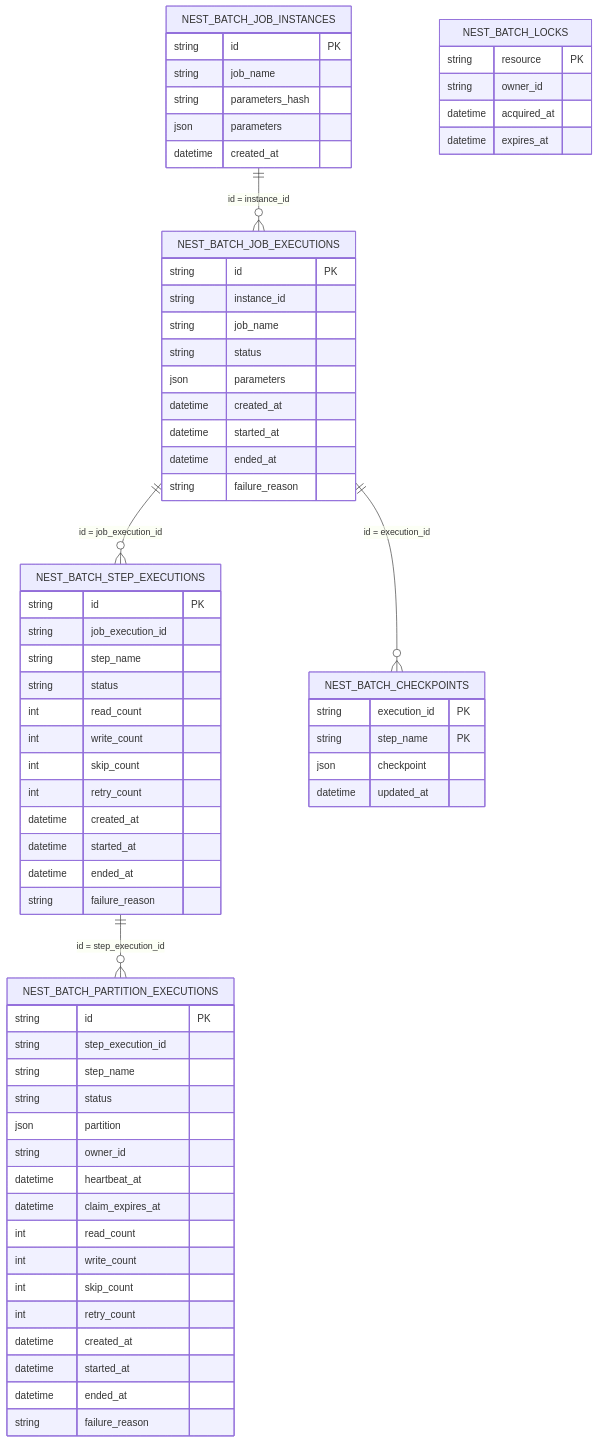
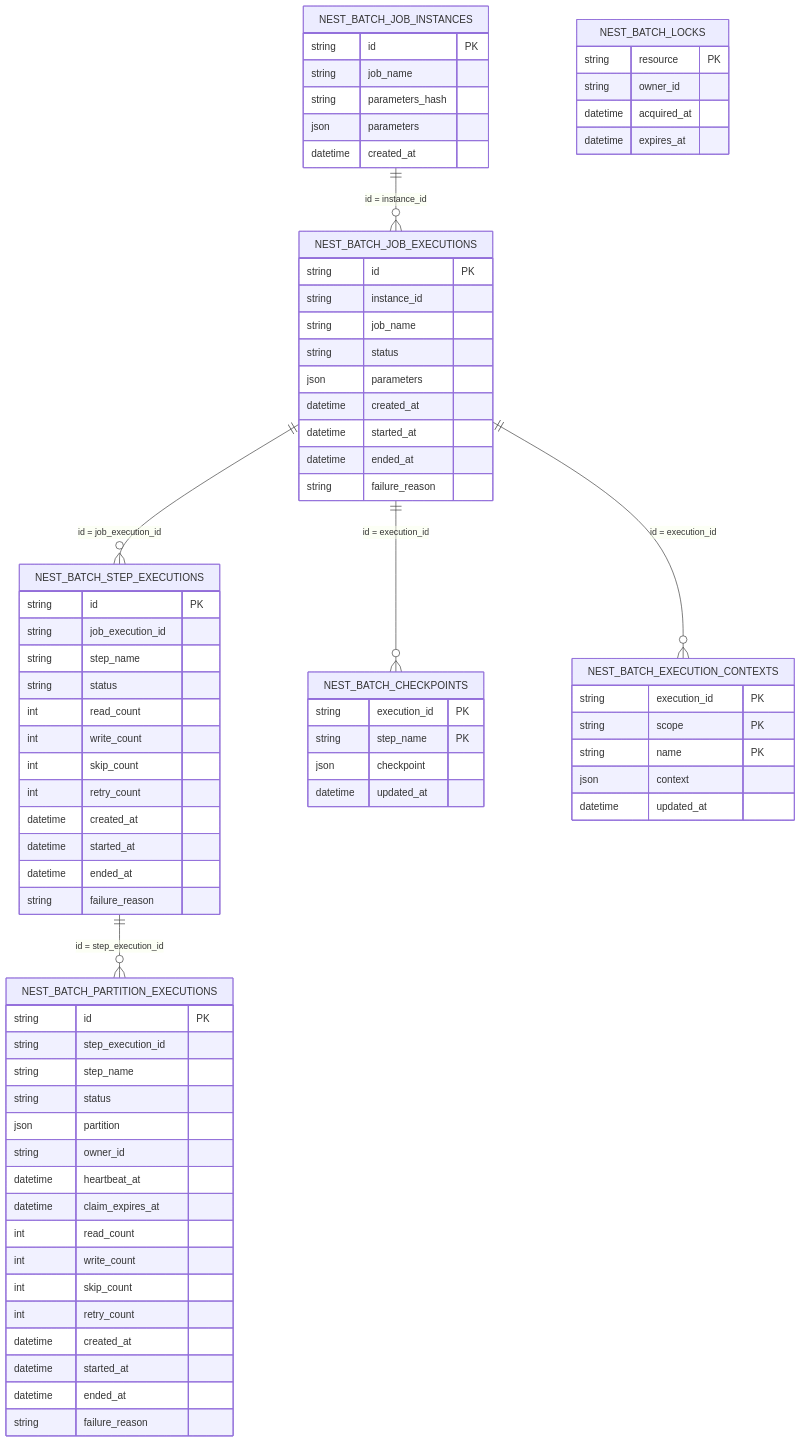
Before and after one commit to kangjuhyup/nest-batch: the diagram in DATABASE.md, drawn with Mermaid. The commit also changed other lines of this file and 19 other files, not shown here.

First line of the commit message:
feat : SQL execution context store 추가

````diff
--- a/DATABASE.md
+++ b/DATABASE.md
@@ -86,6 +87,14 @@
     datetime updated_at
   }
 
+  NEST_BATCH_EXECUTION_CONTEXTS {
+    string execution_id PK
+    string scope PK
+    string name PK
+    json context
+    datetime updated_at
+  }
+
   NEST_BATCH_LOCKS {
     string resource PK
     string owner_id
@@ -97,4 +106,5 @@
   NEST_BATCH_JOB_EXECUTIONS ||--o{ NEST_BATCH_STEP_EXECUTIONS : "id = job_execution_id"
   NEST_BATCH_STEP_EXECUTIONS ||--o{ NEST_BATCH_PARTITION_EXECUTIONS : "id = step_execution_id"
   NEST_BATCH_JOB_EXECUTIONS ||--o{ NEST_BATCH_CHECKPOINTS : "id = execution_id"
+  NEST_BATCH_JOB_EXECUTIONS ||--o{ NEST_BATCH_EXECUTION_CONTEXTS : "id = execution_id"
 ```
````
